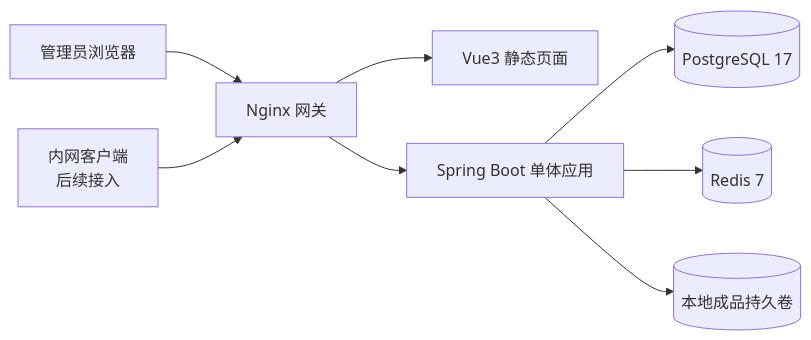
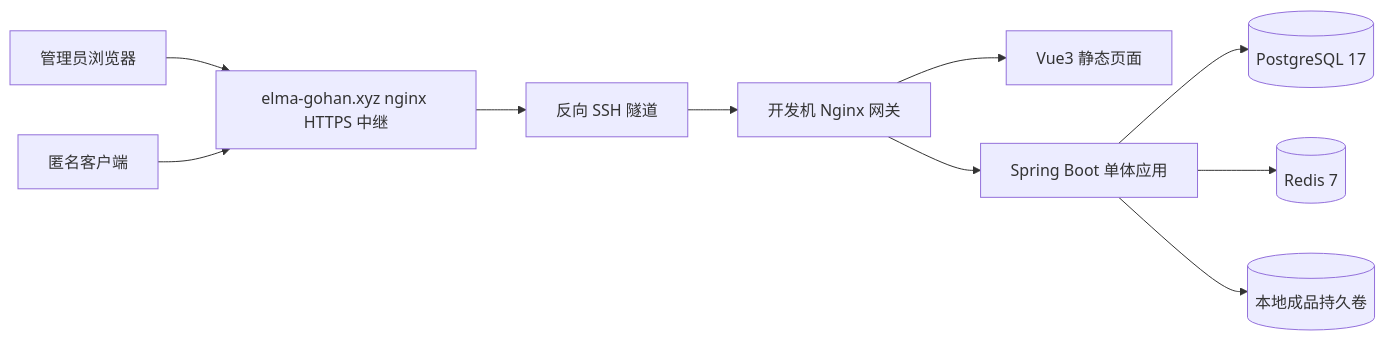
One commit to dailiuyi/innovation-ar-resource-platform changed the first of 6 diagrams in docs/11-current-platform-architecture.md. Above: the diagram before and after it, drawn with Mermaid. The commit also changed other lines of this file and 14 other files, not shown here.

````diff
--- a/docs/11-current-platform-architecture.md
+++ b/docs/11-current-platform-architecture.md
@@ -32,10 +34,12 @@
 ```mermaid
 flowchart LR
-    Admin[管理员浏览器] --> Gateway[Nginx 网关]
-    Client[内网客户端\n后续接入] --> Gateway
+    Admin[管理员浏览器] --> Relay[elma-gohan.xyz nginx HTTPS 中继]
+    Client[匿名客户端] --> Relay
+    Relay --> Tunnel[反向 SSH 隧道]
+    Tunnel --> Gateway[开发机 Nginx 网关]
     Gateway --> Frontend[Vue3 静态页面]
     Gateway --> Backend[Spring Boot 单体应用]
     Backend --> PostgreSQL[(PostgreSQL 17)]
     Backend --> Redis[(Redis 7)]
     Backend --> Artifacts[(本地成品持久卷)]
 ```
````
